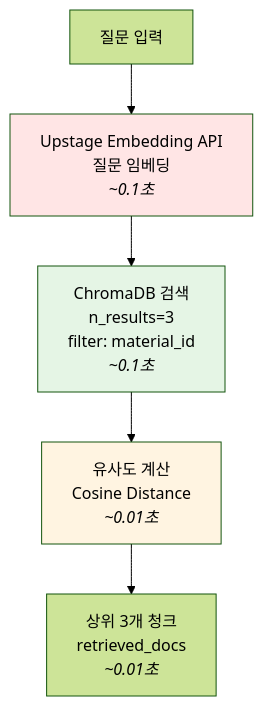
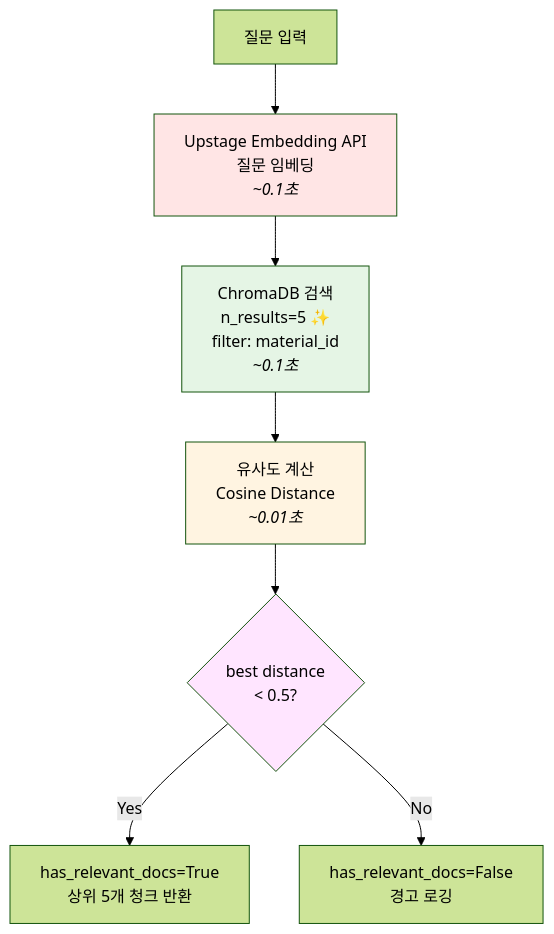
The ninth of 20 diagrams in python-server/QA_WORKFLOW.md (Kernel-edu-mentor/KDT_BE13_Toy_Project4), drawn with Mermaid (forest theme) before and after one commit. The commit also changed other lines of this file and 9 other files, not shown here.

````diff
--- a/python-server/QA_WORKFLOW.md
+++ b/python-server/QA_WORKFLOW.md
@@ -163,11 +181,14 @@
 ```mermaid
 flowchart TD
     A[질문 입력] --> B[Upstage Embedding API<br/>질문 임베딩<br/><i>~0.1초</i>]
-    B --> C[ChromaDB 검색<br/>n_results=3<br/>filter: material_id<br/><i>~0.1초</i>]
+    B --> C[ChromaDB 검색<br/>n_results=5 ✨<br/>filter: material_id<br/><i>~0.1초</i>]
     C --> D[유사도 계산<br/>Cosine Distance<br/><i>~0.01초</i>]
-    D --> E[상위 3개 청크<br/>retrieved_docs<br/><i>~0.01초</i>]
+    D --> E{best distance<br/>< 0.5?}
+    E -->|Yes| F[has_relevant_docs=True<br/>상위 5개 청크 반환]
+    E -->|No| G[has_relevant_docs=False<br/>경고 로깅]
 
     style B fill:#ffe5e5
     style C fill:#e5f5e5
     style D fill:#fff4e1
+    style E fill:#ffe5ff
 ```
````
